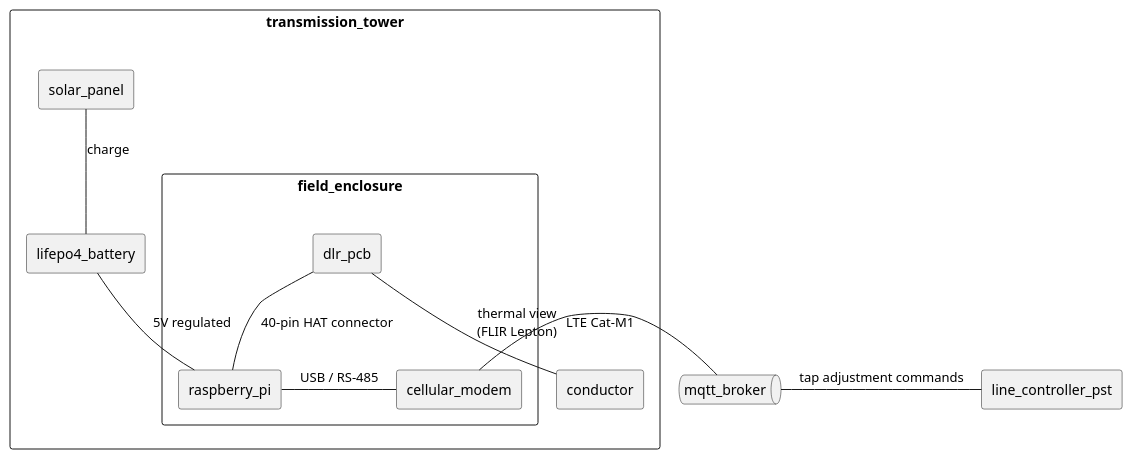
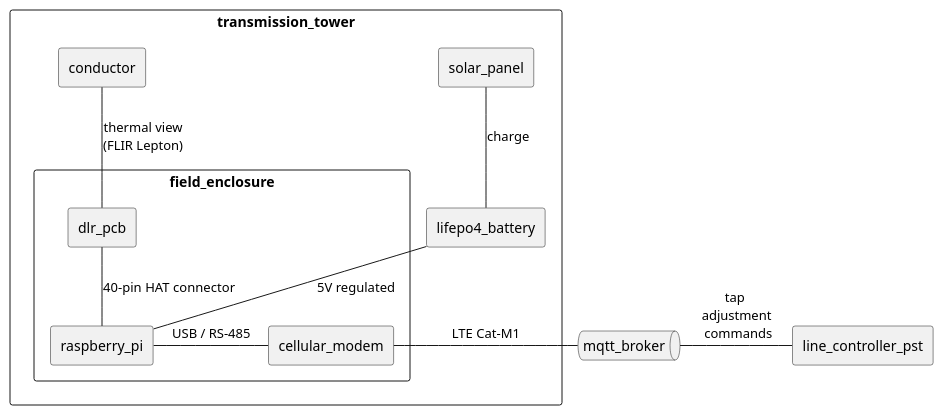
Before and after one commit to arcnode-io/ems-line-controller-dlr-pcb: the first of 3 diagrams in readme.md, drawn with PlantUML.

Commit message:
📝 docs: fix diagram arrow direction + label word-wrap

````diff
--- a/readme.md
+++ b/readme.md
@@ -18,23 +18,23 @@
 ```plantuml
 rectangle transmission_tower {
   rectangle field_enclosure {
     rectangle dlr_pcb
     rectangle raspberry_pi
     rectangle cellular_modem
   }
   rectangle solar_panel
   rectangle lifepo4_battery
   rectangle conductor
 }
 
 queue mqtt_broker
 rectangle line_controller_pst
 
 solar_panel -d- lifepo4_battery: charge
 lifepo4_battery -d- raspberry_pi: 5V regulated
-conductor -u- dlr_pcb: thermal view\n(FLIR Lepton)
+conductor -d- dlr_pcb: thermal view\n(FLIR Lepton)
 dlr_pcb -d- raspberry_pi: 40-pin HAT connector
 raspberry_pi -r- cellular_modem: USB / RS-485
 cellular_modem -r- mqtt_broker: LTE Cat-M1
-mqtt_broker -r- line_controller_pst: tap adjustment commands
+mqtt_broker -r- line_controller_pst: tap \n adjustment \n commands
 ```
````
